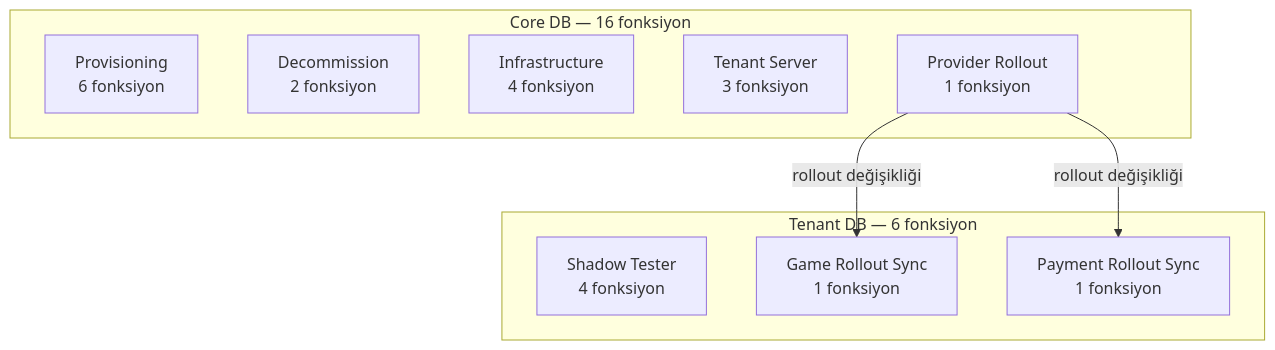
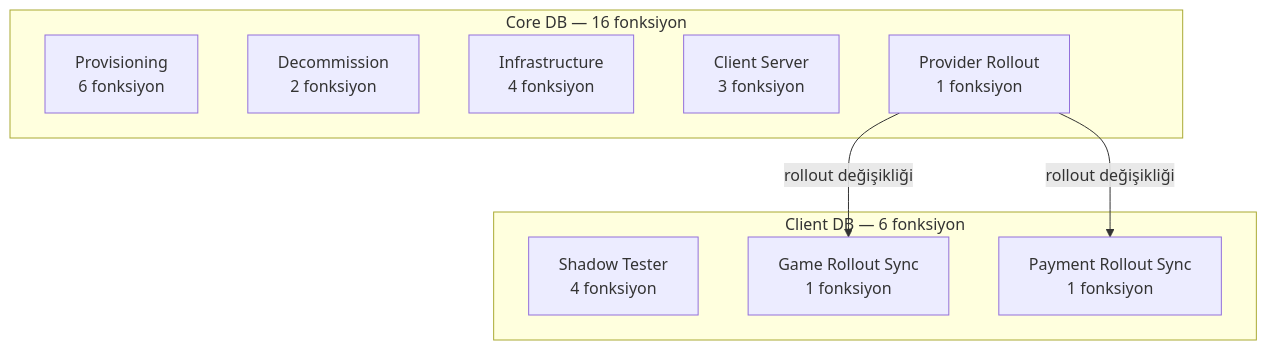
The first of 2 diagrams in .docs/guides/SPEC_PLATFORM_OPERATIONS.md (frhtshn/One.DB), drawn with Mermaid before and after one commit. The commit also changed other lines of this file and 442 other files, not shown here.

First line of the commit message:
Nucleo → Sortis One ve tenant → client içerik güncellemeleri

````diff
--- a/.docs/guides/SPEC_PLATFORM_OPERATIONS.md
+++ b/.docs/guides/SPEC_PLATFORM_OPERATIONS.md
@@ -36,17 +36,17 @@
 ```mermaid
 flowchart TD
     subgraph CORE["Core DB — 16 fonksiyon"]
         PROV["Provisioning<br/>6 fonksiyon"]
         DECOM["Decommission<br/>2 fonksiyon"]
         INFRA["Infrastructure<br/>4 fonksiyon"]
-        TSRV["Tenant Server<br/>3 fonksiyon"]
+        TSRV["Client Server<br/>3 fonksiyon"]
         ROLL["Provider Rollout<br/>1 fonksiyon"]
     end
-    subgraph TENANT["Tenant DB — 6 fonksiyon"]
+    subgraph CLIENT["Client DB — 6 fonksiyon"]
         SHAD["Shadow Tester<br/>4 fonksiyon"]
         GSYNC["Game Rollout Sync<br/>1 fonksiyon"]
         FSYNC["Payment Rollout Sync<br/>1 fonksiyon"]
     end
     ROLL -- "rollout değişikliği" --> GSYNC
     ROLL -- "rollout değişikliği" --> FSYNC
 ```
````
